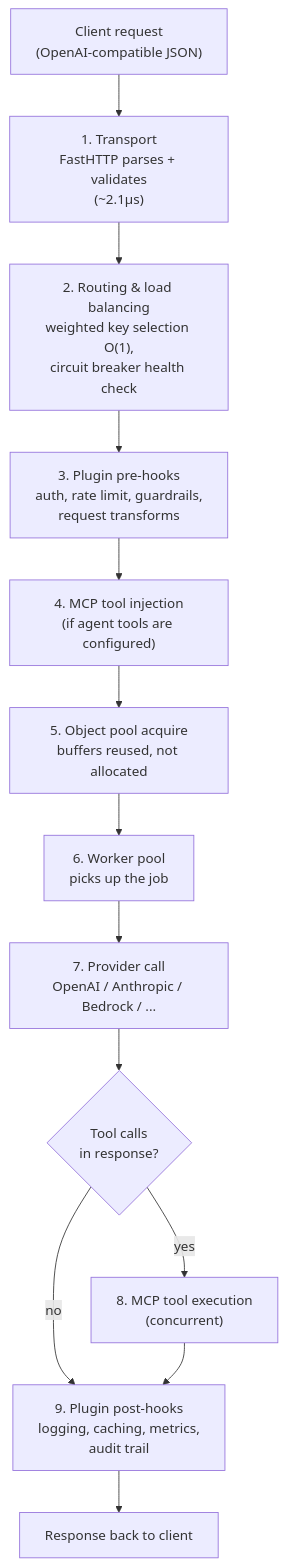
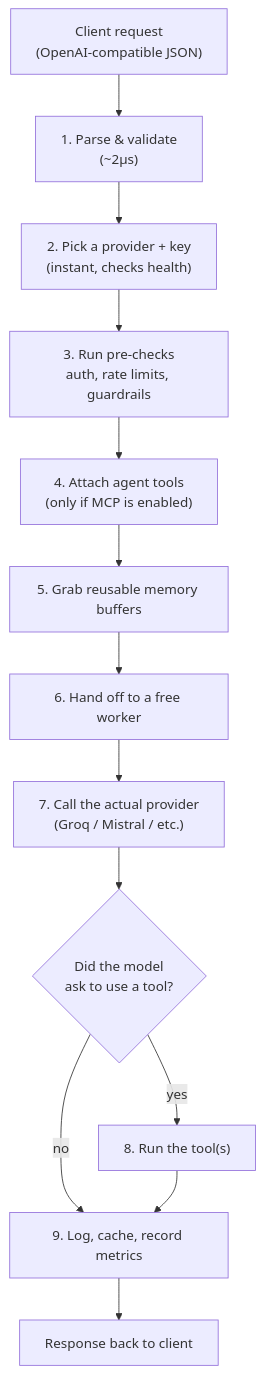
Before and after one commit to d-hackmt/bifrost: the diagram in docs/01-what-is-bifrost.md, drawn with Mermaid. The commit also changed other lines of this file and 6 other files, not shown here.

````diff
--- a/docs/01-what-is-bifrost.md
+++ b/docs/01-what-is-bifrost.md
@@ -48,15 +46,15 @@
 ```mermaid
 flowchart TD
-    A["Client request\n(OpenAI-compatible JSON)"] --> B["1. Transport\nFastHTTP parses + validates\n(~2.1µs)"]
-    B --> C["2. Routing & load balancing\nweighted key selection O(1),\ncircuit breaker health check"]
-    C --> D["3. Plugin pre-hooks\nauth, rate limit, guardrails,\nrequest transforms"]
-    D --> E["4. MCP tool injection\n(if agent tools are configured)"]
-    E --> F["5. Object pool acquire\nbuffers reused, not allocated"]
-    F --> G["6. Worker pool\npicks up the job"]
-    G --> H["7. Provider call\nOpenAI / Anthropic / Bedrock / ..."]
-    H --> I{"Tool calls\nin response?"}
-    I -- yes --> J["8. MCP tool execution\n(concurrent)"]
-    I -- no --> K["9. Plugin post-hooks\nlogging, caching, metrics,\naudit trail"]
+    A["Client request\n(OpenAI-compatible JSON)"] --> B["1. Parse & validate\n(~2µs)"]
+    B --> C["2. Pick a provider + key\n(instant, checks health)"]
+    C --> D["3. Run pre-checks\nauth, rate limits, guardrails"]
+    D --> E["4. Attach agent tools\n(only if MCP is enabled)"]
+    E --> F["5. Grab reusable memory buffers"]
+    F --> G["6. Hand off to a free worker"]
+    G --> H["7. Call the actual provider\n(Groq / Mistral / etc.)"]
+    H --> I{"Did the model\nask to use a tool?"}
+    I -- yes --> J["8. Run the tool(s)"]
+    I -- no --> K["9. Log, cache, record metrics"]
     J --> K
     K --> L["Response back to client"]
 ```
````
